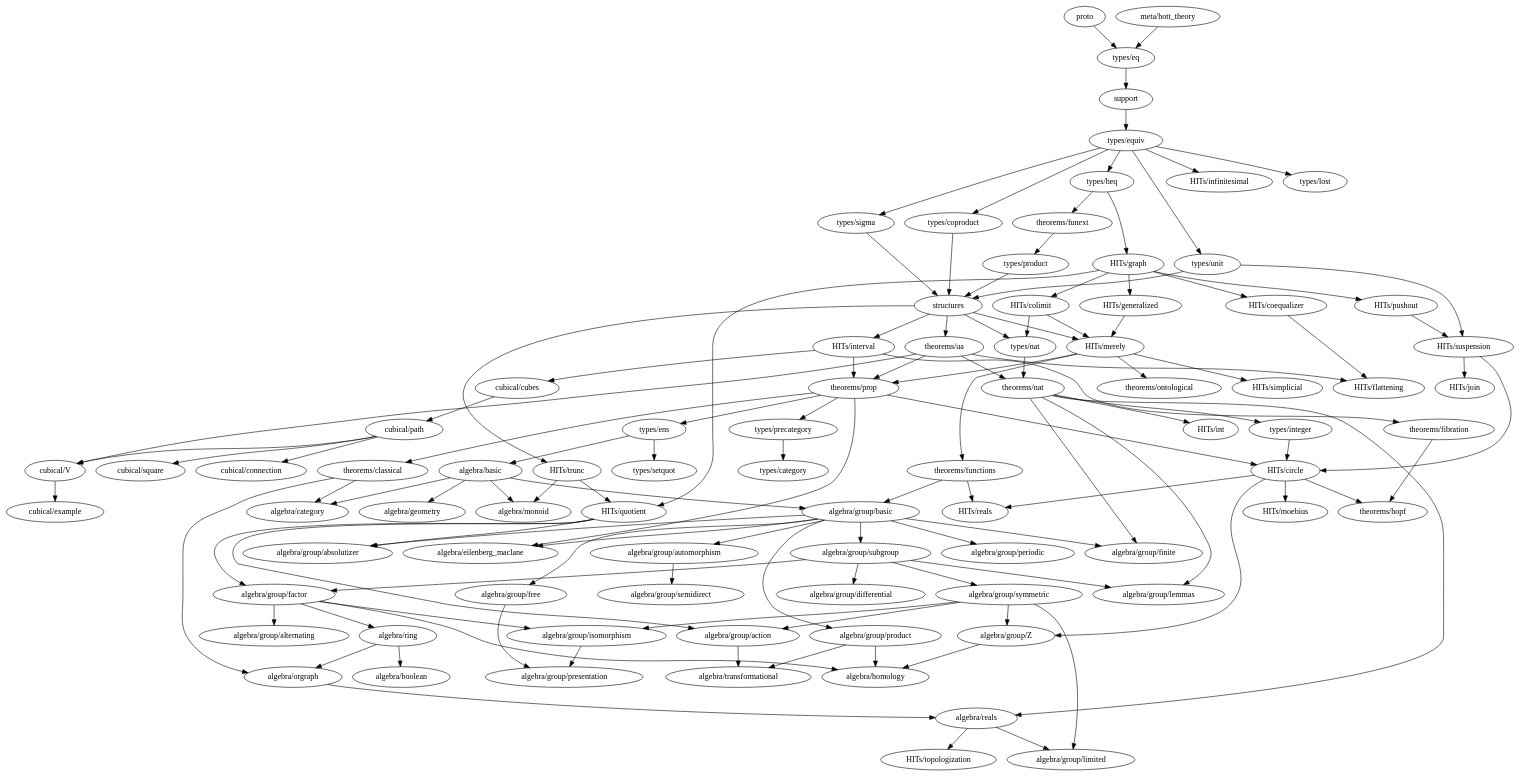
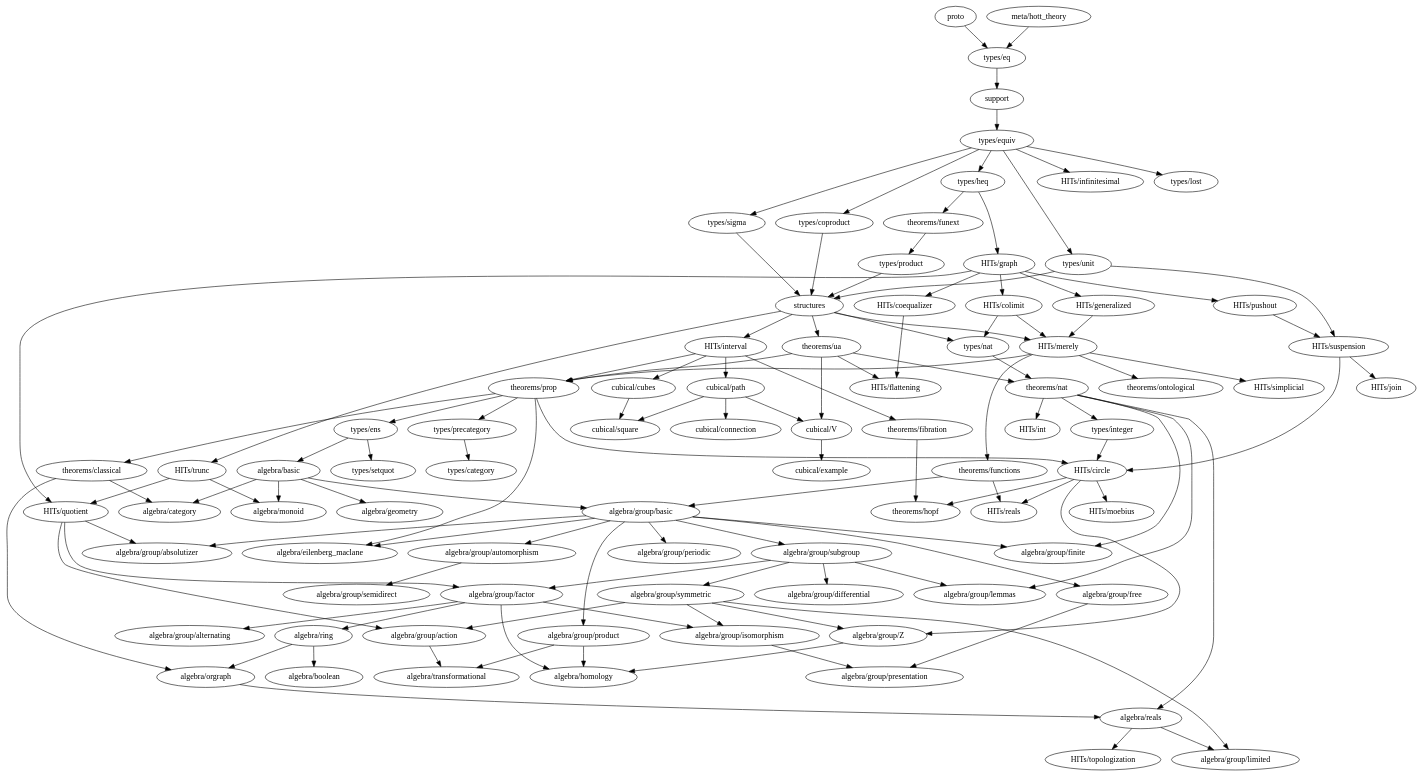
One commit to forked-from-1kasper/ground_zero changed the diagram in dependency-map.gv. Above: the diagram before and after it, drawn with Graphviz. The commit also changed 7 other files, not shown here.

```diff
--- a/dependency-map.gv
+++ b/dependency-map.gv
@@ -1,193 +1,194 @@
 digraph dependency_map {
   proto -> "types/eq"
   "meta/hott_theory" -> "types/eq"
   support -> "types/equiv"
   structures -> {
     "HITs/interval",
     "HITs/merely",
     "HITs/trunc",
     "types/nat",
     "theorems/ua"
   }
 
   subgraph algebra {
     "algebra/basic" -> {
       "algebra/category",
       "algebra/monoid",
       "algebra/geometry",
       "algebra/group/basic"
     }
     "algebra/boolean"
     "algebra/category"
     "algebra/eilenberg_maclane"
     "algebra/geometry"
     "algebra/homology"
     "algebra/monoid"
     "algebra/orgraph" -> { "algebra/reals" }
     "algebra/reals" -> { "algebra/group/limited", "HITs/topologization" }
     "algebra/ring" -> { "algebra/boolean", "algebra/orgraph" }
     "algebra/transformational"
 
   }
 
   subgraph "algebra/group" {
     "algebra/group/absolutizer"
     "algebra/group/action" -> "algebra/transformational"
     "algebra/group/alternating"
     "algebra/group/automorphism" -> "algebra/group/semidirect"
     "algebra/group/basic" -> {
       "algebra/eilenberg_maclane",
       "algebra/group/finite",
       "algebra/group/absolutizer",
       "algebra/group/automorphism",
       "algebra/group/free",
       "algebra/group/periodic",
       "algebra/group/product",
       "algebra/group/subgroup"
     }
     "algebra/group/differential"
     "algebra/group/factor" -> {
       "algebra/homology",
       "algebra/ring",
       "algebra/group/alternating",
       "algebra/group/isomorphism"
     }
     "algebra/group/finite"
     "algebra/group/free" -> "algebra/group/presentation"
     "algebra/group/isomorphism" -> "algebra/group/presentation"
     "algebra/group/lemmas"
     "algebra/group/limited"
     "algebra/group/periodic"
     "algebra/group/presentation"
     "algebra/group/product" -> { "algebra/homology", "algebra/transformational" }
     "algebra/group/semidirect"
     "algebra/group/subgroup" -> {
       "algebra/group/differential",
       "algebra/group/factor",
       "algebra/group/lemmas",
       "algebra/group/symmetric"
     }
     "algebra/group/symmetric" -> {
       "algebra/group/limited",
       "algebra/group/Z",
       "algebra/group/action",
       "algebra/group/isomorphism"
     }
     "algebra/group/Z" -> { "algebra/homology" }
   }
 
   subgraph types {
     "types/category"
     "types/coproduct" -> { structures }
     "types/eq" -> { support }
     "types/ens" -> { "algebra/basic", "types/setquot" }
     "types/equiv" -> {
       "types/heq",
       "HITs/infinitesimal",
       "types/coproduct",
       "types/lost",
       "types/unit",
       "types/sigma"
     }
     "types/heq" -> {
       "HITs/graph", "theorems/funext"
     }
     "types/integer" -> "HITs/circle"
     "types/lost"
     "types/nat" -> { "theorems/nat" }
     "types/precategory" -> { "types/category" }
     "types/product" -> { structures }
     "types/setquot"
     "types/sigma" -> { structures }
     "types/unit" -> { structures, "HITs/suspension" }
   }
 
   subgraph HITs {
     "HITs/circle" -> {
       "algebra/group/Z",
       "theorems/hopf",
       "HITs/moebius",
       "HITs/reals"
     }
     "HITs/coequalizer" -> { "HITs/flattening" }
     "HITs/colimit" -> { "HITs/merely", "types/nat" }
     "HITs/flattening"
     "HITs/generalized" -> "HITs/merely"
     "HITs/graph" -> {
       "HITs/coequalizer",
       "HITs/colimit",
       "HITs/generalized",
       "HITs/pushout",
       "HITs/quotient"
     }
     "HITs/infinitesimal"
     "HITs/interval" -> {
       "cubical/cubes",
+      "cubical/path",
       "theorems/prop",
       "theorems/fibration"
     }
     "HITs/join"
     "HITs/merely" -> {
       "theorems/ontological",
       "theorems/prop",
       "HITs/simplicial",
       "theorems/functions"
     }
     "HITs/moebius"
     "HITs/pushout" -> {
       "HITs/suspension"
     }
     "HITs/quotient" -> {
       "algebra/group/absolutizer",
       "algebra/group/action",
       "algebra/group/factor"
     }
     "HITs/reals"
     "HITs/simplicial"
     "HITs/suspension" -> { "HITs/circle", "HITs/join" }
     "HITs/topologization"
     "HITs/trunc" -> { "algebra/monoid", "HITs/quotient" }
   }
 
   subgraph cubical {
     "cubical/connection"
-    "cubical/cubes" -> "cubical/path"
+    "cubical/cubes" -> "cubical/square"
     "cubical/example"
     "cubical/path" -> {
       "cubical/square",
       "cubical/V",
       "cubical/connection"
     }
     "cubical/square"
     "cubical/V" -> { "cubical/example" }
   }
 
   subgraph theorems {
     "theorems/classical" -> { "algebra/category", "algebra/orgraph" }
     "theorems/fibration" -> { "theorems/hopf" }
     "theorems/functions" -> { "HITs/reals", "algebra/group/basic" }
     "theorems/funext" -> { "types/product" }
     "theorems/hopf"
     "theorems/ontological"
     "theorems/nat" -> {
       "algebra/group/finite",
       "algebra/reals",
       "HITs/int",
       "types/integer",
       "algebra/group/lemmas"
     }
     "theorems/prop" -> {
       "algebra/eilenberg_maclane",
       "HITs/circle",
       "types/ens",
       "types/precategory",
       "theorems/classical"
     }
     "theorems/ua" -> {
       "HITs/flattening",
       "theorems/nat",
       "theorems/prop",
       "cubical/V"
     }
   }
 }
```
